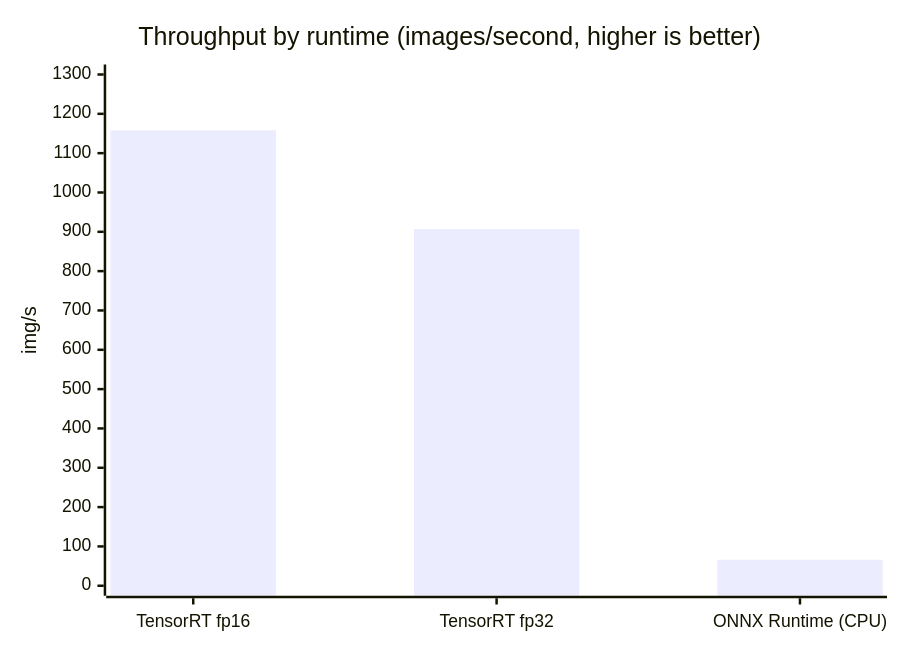
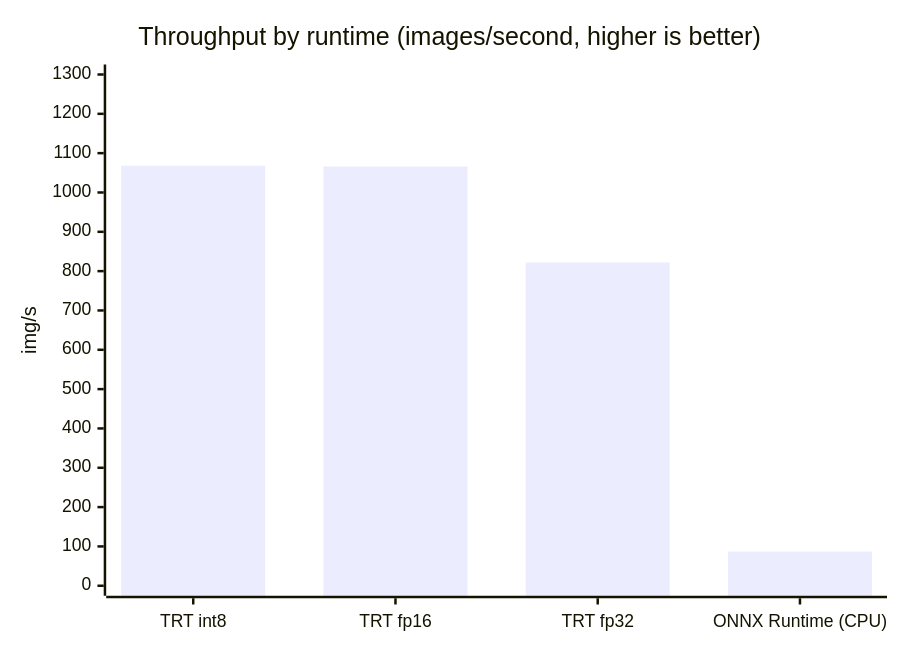
Before and after one commit to pankaj29/ML-Engineer-Challenge: the second of 3 diagrams in models/cards/resnet50-tiny-imagenet.md, drawn with Mermaid. The commit also changed other lines of this file and 3 other files, not shown here.

````diff
--- a/models/cards/resnet50-tiny-imagenet.md
+++ b/models/cards/resnet50-tiny-imagenet.md
@@ -153,7 +153,7 @@
 ```mermaid
 xychart-beta
     title "Throughput by runtime (images/second, higher is better)"
-    x-axis ["TensorRT fp16", "TensorRT fp32", "ONNX Runtime (CPU)"]
+    x-axis ["TRT int8", "TRT fp16", "TRT fp32", "ONNX Runtime (CPU)"]
     y-axis "img/s" 0 --> 1300
-    bar [1158, 907, 66]
+    bar [1068, 1066, 822, 87]
 ```
````
